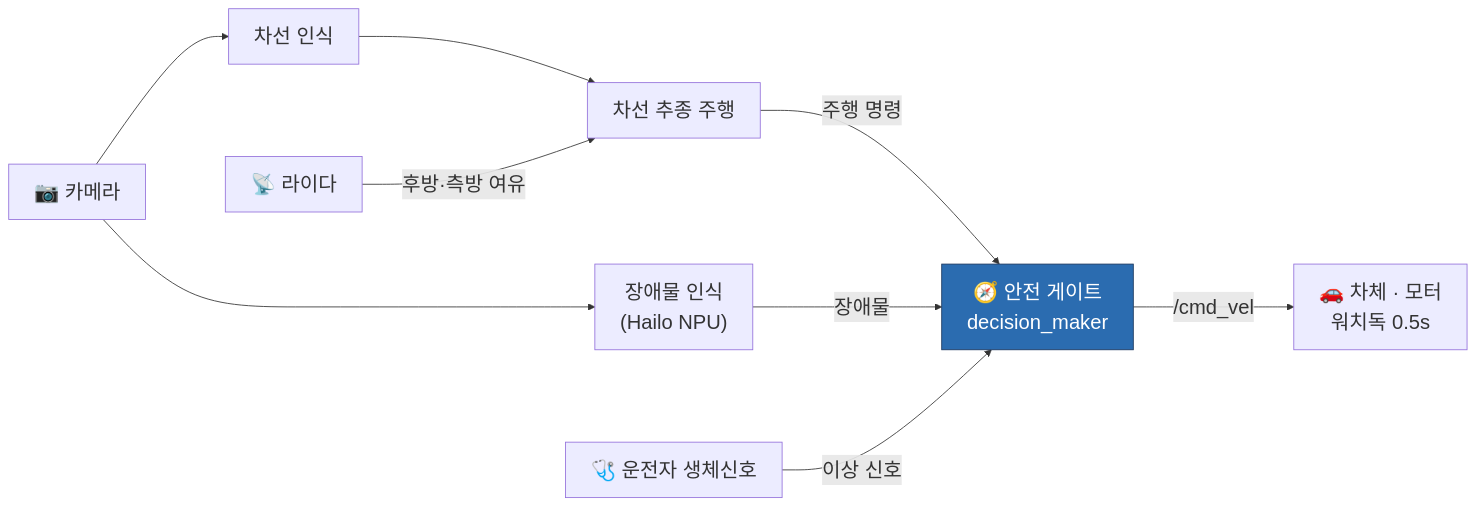
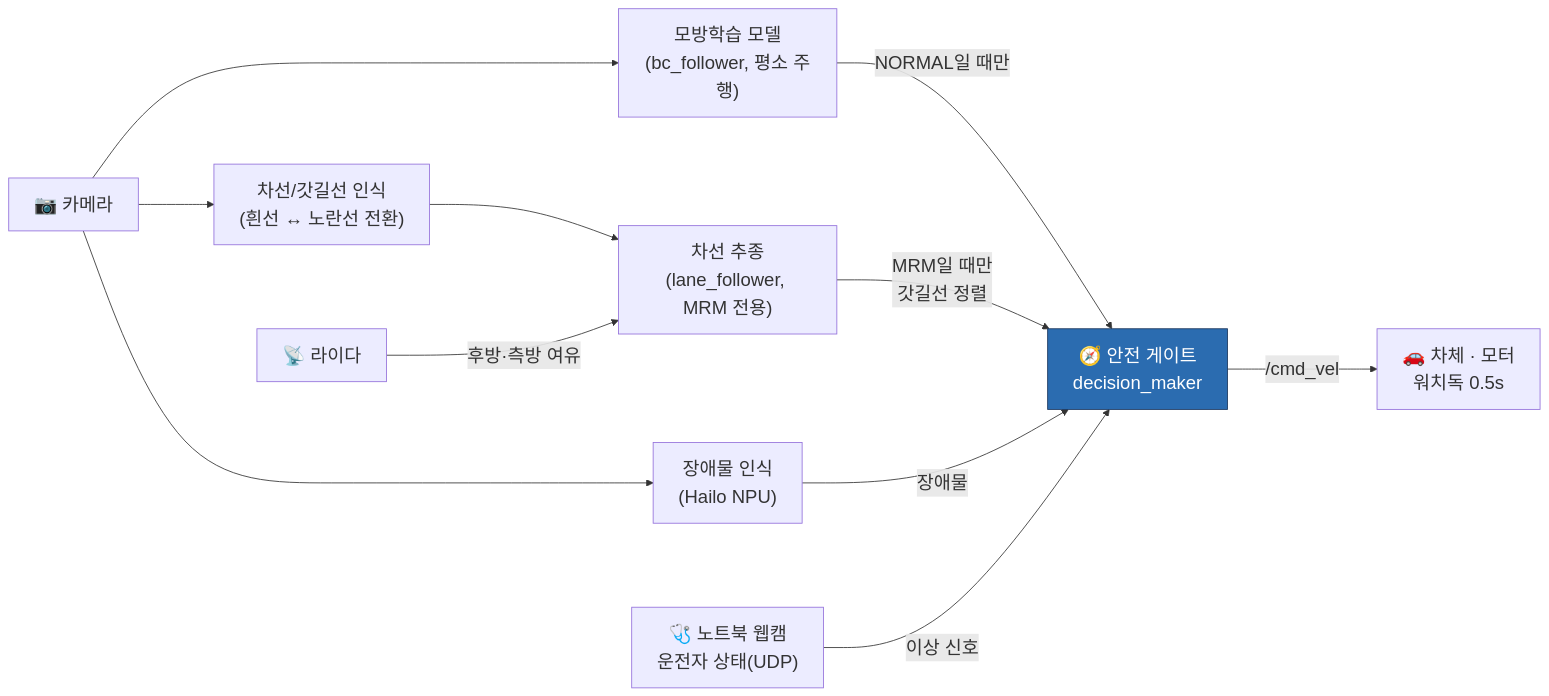
The first of 2 diagrams in README.md (seungwp/2026_CDP), drawn with Mermaid before and after one commit. The commit also changed other lines of this file, not shown here.

First line of the commit message:
docs(readme): 오늘 작업(모방학습 주행 + MRM 노란 갓길선 핸드오프) 반영

````diff
--- a/README.md
+++ b/README.md
@@ -91,16 +97,18 @@
 ```mermaid
-%%{init: {'flowchart': {'nodeSpacing': 110, 'rankSpacing': 95}, 'themeVariables': {'fontSize': '24px'}}}%%
+%%{init: {'flowchart': {'nodeSpacing': 100, 'rankSpacing': 90}, 'themeVariables': {'fontSize': '22px'}}}%%
 flowchart LR
-    CAM["📷 카메라"] --> LANE["차선 인식"]
+    CAM["📷 카메라"] --> BC["모방학습 모델<br/>(bc_follower, 평소 주행)"]
+    CAM --> LANE["차선/갓길선 인식<br/>(흰선 ↔ 노란선 전환)"]
     CAM --> OBJ["장애물 인식<br/>(Hailo NPU)"]
-    LANE --> DRIVE["차선 추종 주행"]
+    LANE --> RULE["차선 추종<br/>(lane_follower, MRM 전용)"]
 
-    DRIVE -->|주행 명령| GATE
+    BC -->|"NORMAL일 때만"| GATE
+    RULE -->|"MRM일 때만<br/>갓길선 정렬"| GATE
     OBJ -->|장애물| GATE
-    BIO["🩺 운전자 생체신호"] -->|이상 신호| GATE
+    BIO["🩺 노트북 웹캠<br/>운전자 상태(UDP)"] -->|이상 신호| GATE
 
-    LIDAR["📡 라이다"] -->|후방·측방 여유| DRIVE
+    LIDAR["📡 라이다"] -->|후방·측방 여유| RULE
     GATE["🧭 안전 게이트<br/>decision_maker"] -->|"/cmd_vel"| CAR["🚗 차체 · 모터<br/>워치독 0.5s"]
 
     style GATE fill:#2b6cb0,stroke:#1a365d,color:#ffffff
 ```
````
